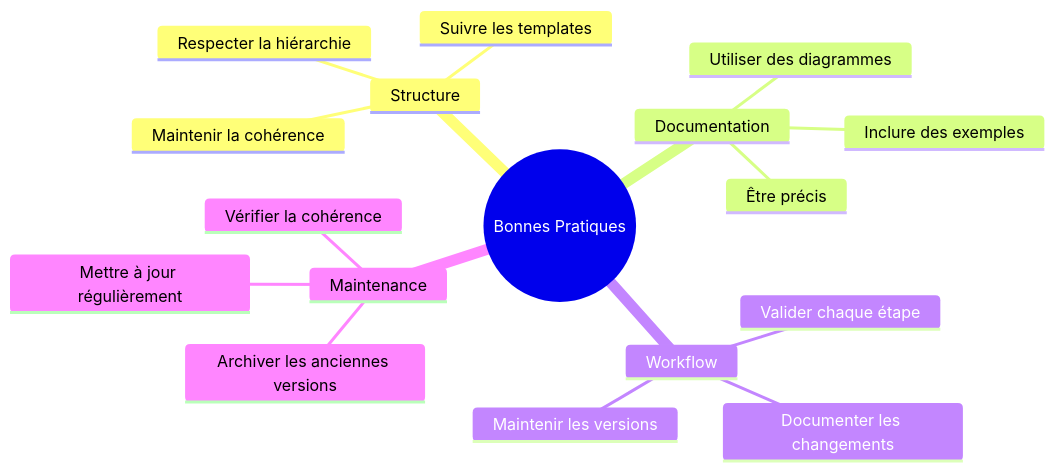
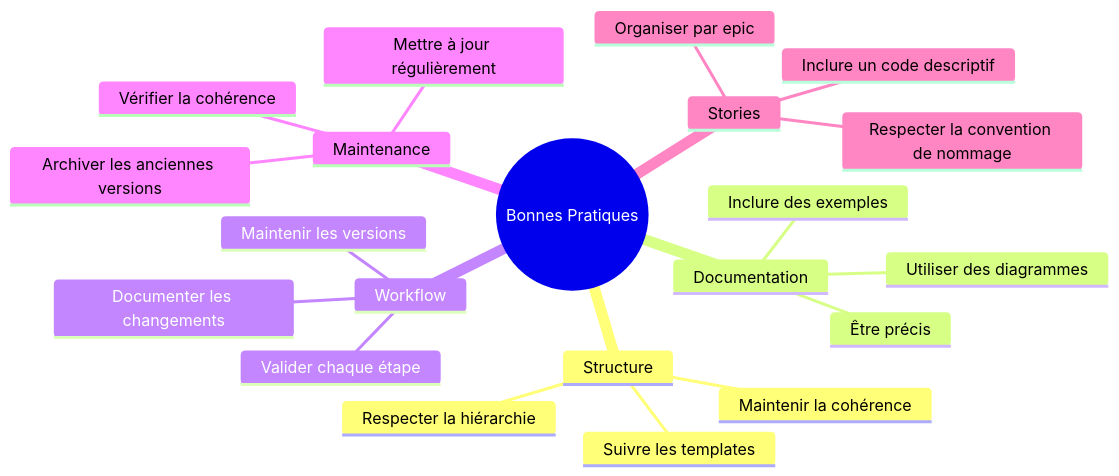
One commit to giak/cursor-auto-rules-agile-workflow changed the fifth of 5 diagrams in docs/GUIDE.md. Above: the diagram before and after it, drawn with Mermaid. The commit also changed other lines of this file and 21 other files, not shown here.

````diff
--- a/docs/GUIDE.md
+++ b/docs/GUIDE.md
@@ -161,20 +192,24 @@
 ```mermaid
 mindmap
     root((Bonnes Pratiques))
         Structure
             Suivre les templates
             Respecter la hiérarchie
             Maintenir la cohérence
         Documentation
             Être précis
             Inclure des exemples
             Utiliser des diagrammes
         Workflow
             Valider chaque étape
             Maintenir les versions
             Documenter les changements
         Maintenance
             Mettre à jour régulièrement
             Vérifier la cohérence
             Archiver les anciennes versions
+        Stories
+            Respecter la convention de nommage
+            Organiser par epic
+            Inclure un code descriptif
 ```
````
